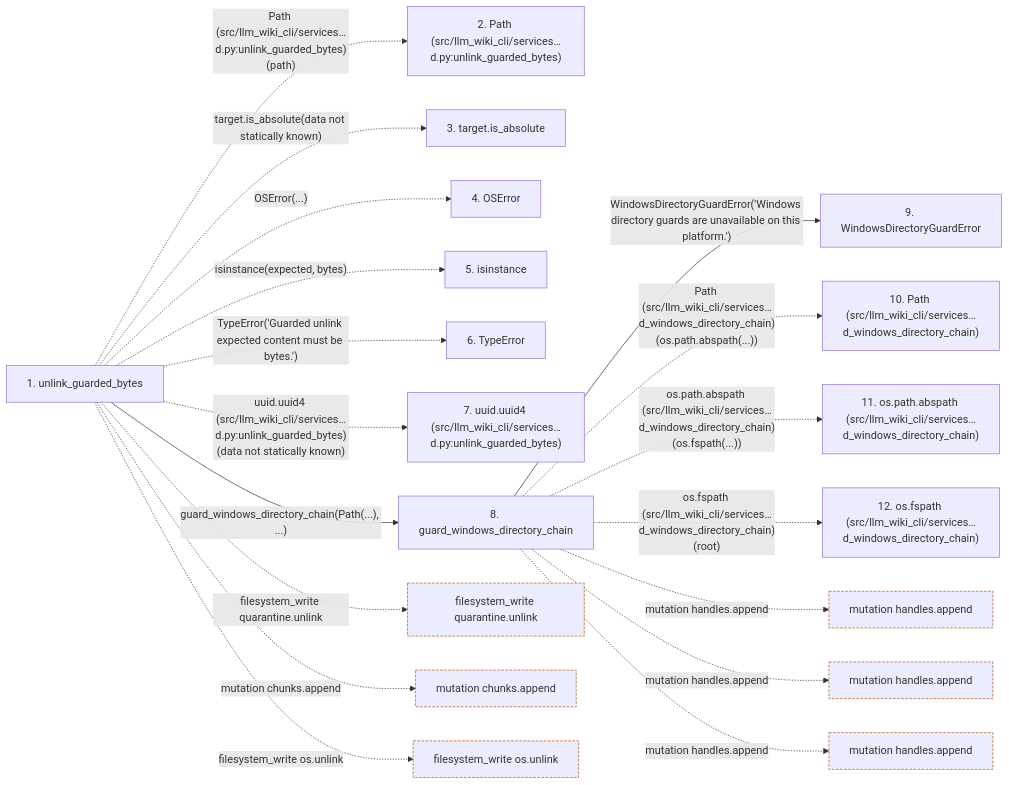
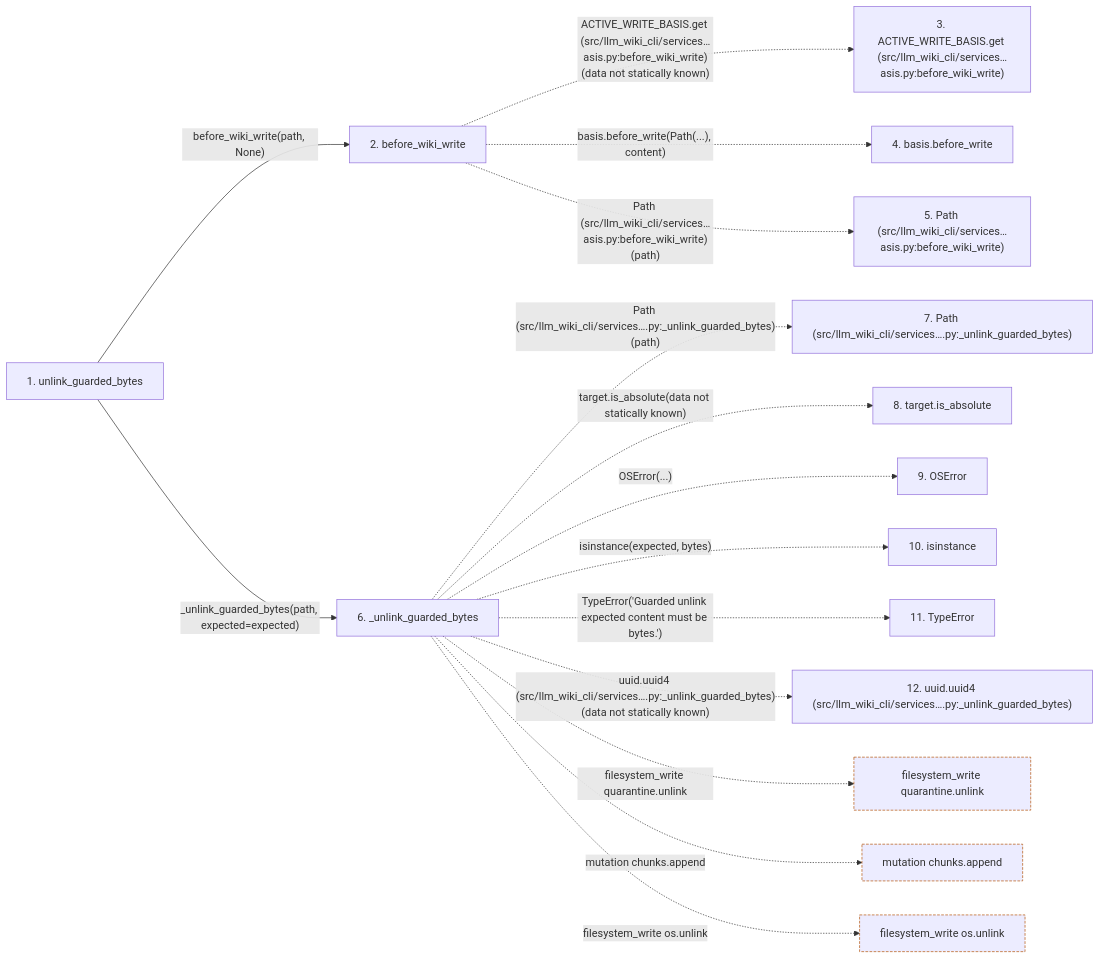
One commit to Denissvgn/python-wiki-llm changed the second of 2 diagrams in docs/llm_wiki/flows/api-unlink_guarded_bytes.md. Above: the diagram before and after it, drawn with Mermaid. The commit also changed other lines of this file and 1410 other files, not shown here.

````diff
--- a/docs/llm_wiki/flows/api-unlink_guarded_bytes.md
+++ b/docs/llm_wiki/flows/api-unlink_guarded_bytes.md
@@ -76,48 +95,39 @@
 ```mermaid
 flowchart LR
     s1["1. unlink_guarded_bytes"]
-    s2["2. Path (src/llm_wiki_cli/services…d.py:unlink_guarded_bytes)"]
-    s3["3. target.is_absolute"]
-    s4["4. OSError"]
-    s5["5. isinstance"]
-    s6["6. TypeError"]
-    s7["7. uuid.uuid4 (src/llm_wiki_cli/services…d.py:unlink_guarded_bytes)"]
-    s8["8. guard_windows_directory_chain"]
-    s9["9. WindowsDirectoryGuardError"]
-    s10["10. Path (src/llm_wiki_cli/services…d_windows_directory_chain)"]
-    s11["11. os.path.abspath (src/llm_wiki_cli/services…d_windows_directory_chain)"]
-    s12["12. os.fspath (src/llm_wiki_cli/services…d_windows_directory_chain)"]
-    s1 -. "Path (src/llm_wiki_cli/services…d.py:unlink_guarded_bytes)(path)" .-> s2
-    s1 -. "target.is_absolute(data not statically known)" .-> s3
-    s1 -. "OSError(...)" .-> s4
-    s1 -. "isinstance(expected, bytes)" .-> s5
-    s1 -. "TypeError('Guarded unlink expected content must be bytes.')" .-> s6
-    s1 -. "uuid.uuid4 (src/llm_wiki_cli/services…d.py:unlink_guarded_bytes)(data not statically known)" .-> s7
-    s1 -->|"guard_windows_directory_chain(Path(...), ...)"| s8
-    s8 -->|"WindowsDirectoryGuardError('Windows directory guards are unavailable on this platform.')"| s9
-    s8 -. "Path (src/llm_wiki_cli/services…d_windows_directory_chain)(os.path.abspath(...))" .-> s10
-    s8 -. "os.path.abspath (src/llm_wiki_cli/services…d_windows_directory_chain)(os.fspath(...))" .-> s11
-    s8 -. "os.fspath (src/llm_wiki_cli/services…d_windows_directory_chain)(root)" .-> s12
+    s2["2. before_wiki_write"]
+    s3["3. ACTIVE_WRITE_BASIS.get (src/llm_wiki_cli/services…asis.py:before_wiki_write)"]
+    s4["4. basis.before_write"]
+    s5["5. Path (src/llm_wiki_cli/services…asis.py:before_wiki_write)"]
+    s6["6. _unlink_guarded_bytes"]
+    s7["7. Path (src/llm_wiki_cli/services….py:_unlink_guarded_bytes)"]
+    s8["8. target.is_absolute"]
+    s9["9. OSError"]
+    s10["10. isinstance"]
+    s11["11. TypeError"]
+    s12["12. uuid.uuid4 (src/llm_wiki_cli/services….py:_unlink_guarded_bytes)"]
+    s1 -->|"before_wiki_write(path, None)"| s2
+    s2 -. "ACTIVE_WRITE_BASIS.get (src/llm_wiki_cli/services…asis.py:before_wiki_write)(data not statically known)" .-> s3
+    s2 -. "basis.before_write(Path(...), content)" .-> s4
+    s2 -. "Path (src/llm_wiki_cli/services…asis.py:before_wiki_write)(path)" .-> s5
+    s1 -->|"_unlink_guarded_bytes(path, expected=expected)"| s6
+    s6 -. "Path (src/llm_wiki_cli/services….py:_unlink_guarded_bytes)(path)" .-> s7
+    s6 -. "target.is_absolute(data not statically known)" .-> s8
+    s6 -. "OSError(...)" .-> s9
+    s6 -. "isinstance(expected, bytes)" .-> s10
+    s6 -. "TypeError('Guarded unlink expected content must be bytes.')" .-> s11
+    s6 -. "uuid.uuid4 (src/llm_wiki_cli/services….py:_unlink_guarded_bytes)(data not statically known)" .-> s12
     b0["filesystem_write quarantine.unlink"]
-    s1 -. "filesystem_write quarantine.unlink" .-> b0
+    s6 -. "filesystem_write quarantine.unlink" .-> b0
     b1["mutation chunks.append"]
-    s1 -. "mutation chunks.append" .-> b1
+    s6 -. "mutation chunks.append" .-> b1
     b2["filesystem_write os.unlink"]
-    s1 -. "filesystem_write os.unlink" .-> b2
-    b3["mutation handles.append"]
-    s8 -. "mutation handles.append" .-> b3
-    b4["mutation handles.append"]
-    s8 -. "mutation handles.append" .-> b4
-    b5["mutation handles.append"]
-    s8 -. "mutation handles.append" .-> b5
+    s6 -. "filesystem_write os.unlink" .-> b2
     click s1 "../modules/filesystem_guard.md"
-    click s8 "../modules/filesystem_guard.md"
-    click s9 "../modules/filesystem_guard.md"
+    click s2 "../modules/wiki_write_basis.md"
+    click s6 "../modules/filesystem_guard.md"
     classDef boundary stroke:#b45309,stroke-dasharray: 4 2
     class b0 boundary
     class b1 boundary
     class b2 boundary
-    class b3 boundary
-    class b4 boundary
-    class b5 boundary
 ```
````
